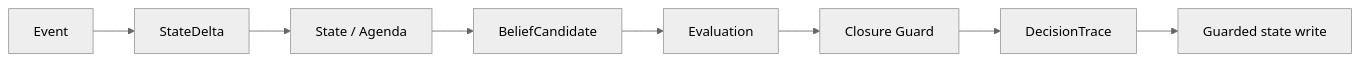
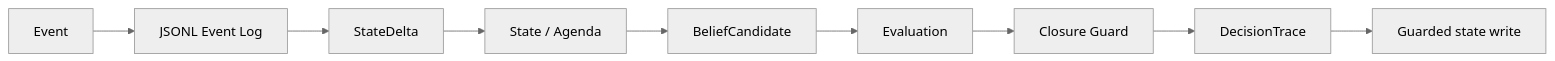
The diagram in docs/architecture.md (aerenkolstein-code/Companion-Mind), drawn with Mermaid (neutral theme) before and after one commit. The commit also changed other lines of this file and 7 other files, not shown here.

````diff
--- a/docs/architecture.md
+++ b/docs/architecture.md
@@ -3,10 +3,11 @@
 ```mermaid
 flowchart LR
-  E[Event] --> D[StateDelta]
+  E[Event] --> L[JSONL Event Log]
+  L --> D[StateDelta]
   D --> A[State / Agenda]
   A --> B[BeliefCandidate]
   B --> V[Evaluation]
   V --> G[Closure Guard]
   G --> T[DecisionTrace]
   T --> W[Guarded state write]
 ```
````
